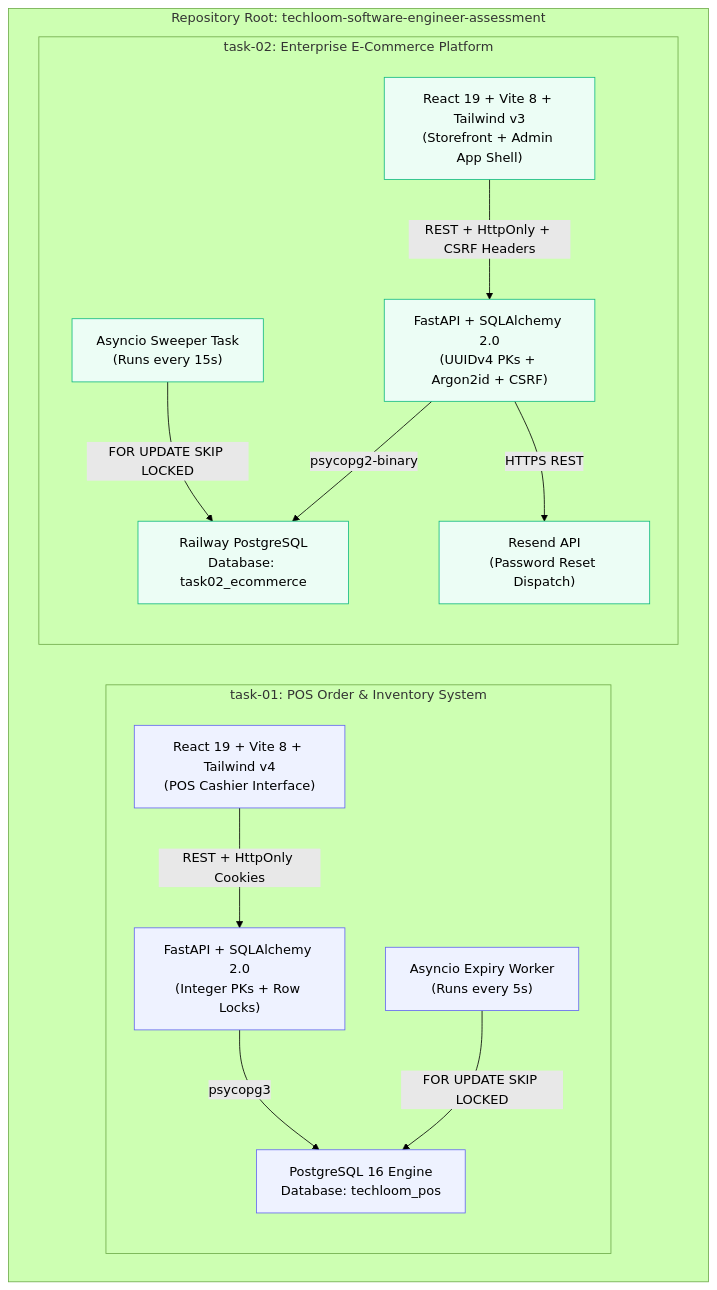
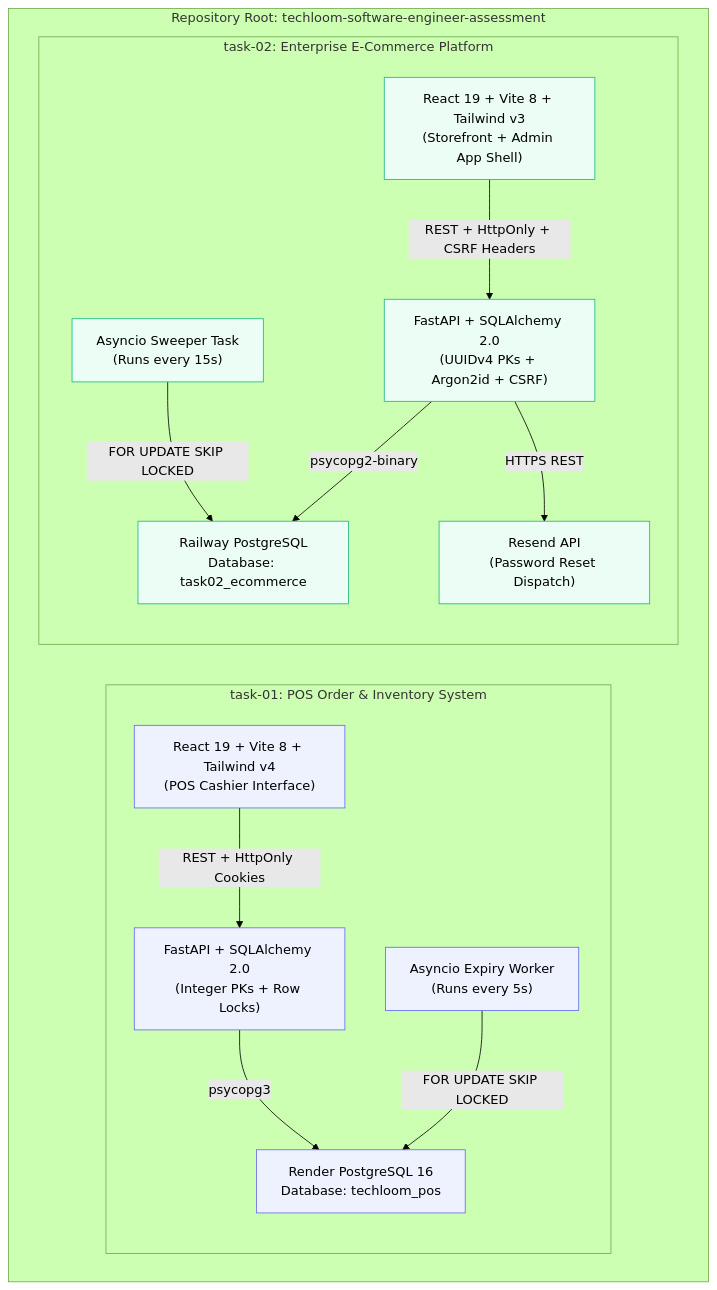
Before and after one commit to arudkumaran19/pos-ecommerce-systems: the first of 22 diagrams in README.md, drawn with Mermaid (forest theme). The commit also changed other lines of this file, not shown here.

First line of the commit message:
docs: update Task 01 deployment specifications to Render backend and Render PostgreSQL

````diff
--- a/README.md
+++ b/README.md
@@ -105,33 +105,33 @@
 ```mermaid
 graph TB
     subgraph Monorepo ["Repository Root: techloom-software-engineer-assessment"]
         subgraph Task01 ["task-01: POS Order & Inventory System"]
             T1_FE["React 19 + Vite 8 + Tailwind v4<br/>(POS Cashier Interface)"]
             T1_BE["FastAPI + SQLAlchemy 2.0<br/>(Integer PKs + Row Locks)"]
-            T1_DB["PostgreSQL 16 Engine<br/>Database: techloom_pos"]
+            T1_DB["Render PostgreSQL 16<br/>Database: techloom_pos"]
             T1_Worker["Asyncio Expiry Worker<br/>(Runs every 5s)"]
             
             T1_FE -->|REST + HttpOnly Cookies| T1_BE
             T1_BE -->|psycopg3| T1_DB
             T1_Worker -->|FOR UPDATE SKIP LOCKED| T1_DB
         end
 
         subgraph Task02 ["task-02: Enterprise E-Commerce Platform"]
             T2_FE["React 19 + Vite 8 + Tailwind v3<br/>(Storefront + Admin App Shell)"]
             T2_BE["FastAPI + SQLAlchemy 2.0<br/>(UUIDv4 PKs + Argon2id + CSRF)"]
             T2_DB["Railway PostgreSQL<br/>Database: task02_ecommerce"]
             T2_Sweeper["Asyncio Sweeper Task<br/>(Runs every 15s)"]
             T2_Resend["Resend API<br/>(Password Reset Dispatch)"]
             
             T2_FE -->|REST + HttpOnly + CSRF Headers| T2_BE
             T2_BE -->|psycopg2-binary| T2_DB
             T2_BE -->|HTTPS REST| T2_Resend
             T2_Sweeper -->|FOR UPDATE SKIP LOCKED| T2_DB
         end
     end
 
     classDef t1 fill:#eef2ff,stroke:#6366f1,stroke-width:1px;
     classDef t2 fill:#ecfdf5,stroke:#10b981,stroke-width:1px;
     class T1_FE,T1_BE,T1_DB,T1_Worker t1;
     class T2_FE,T2_BE,T2_DB,T2_Sweeper,T2_Resend t2;
 ```
````
